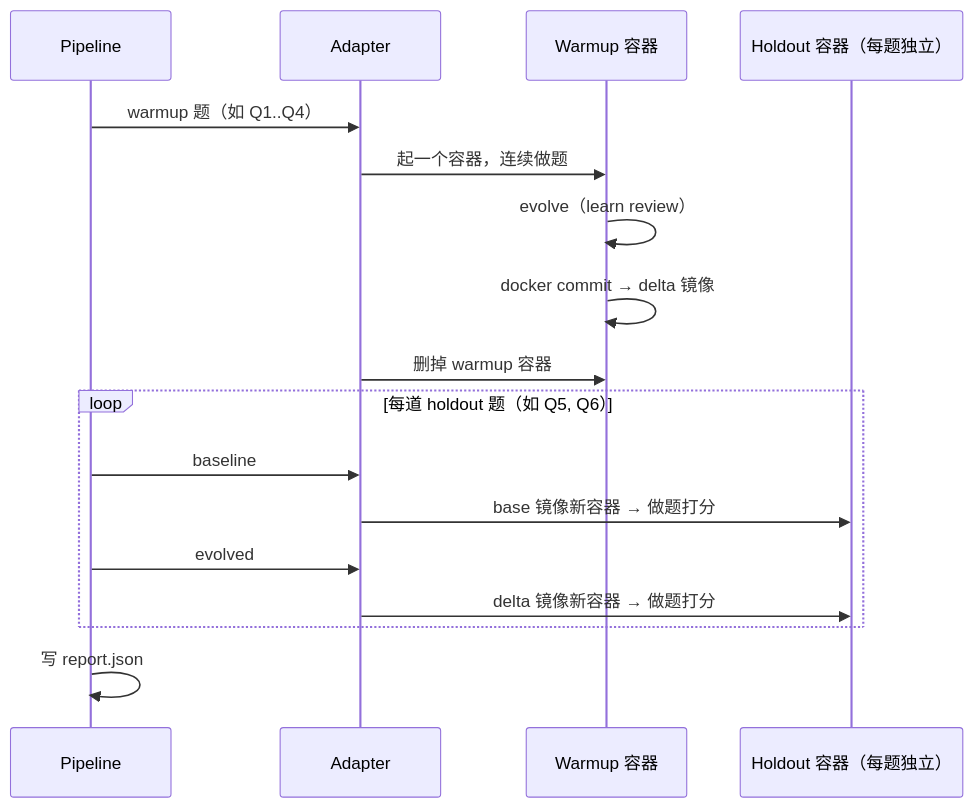
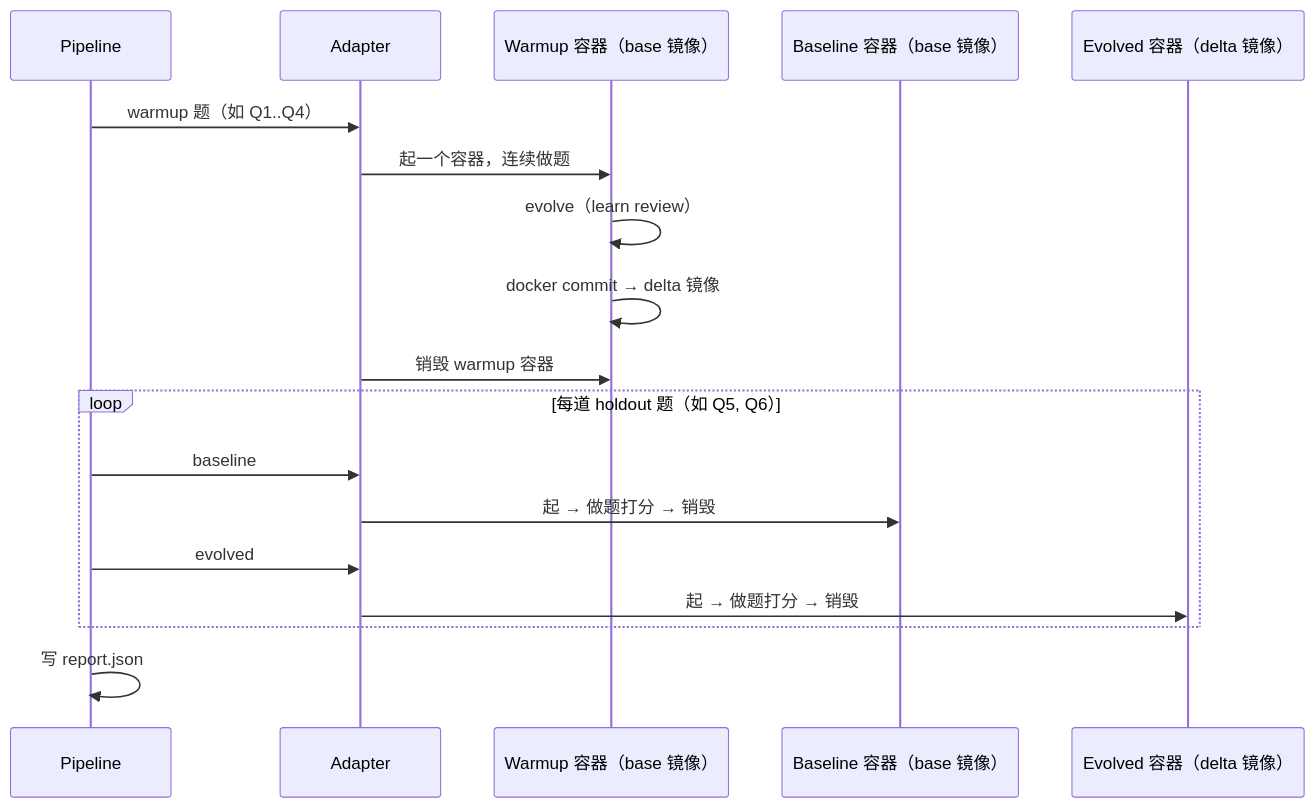
Before and after one commit to FeiZhuNiU-INFJA/LIFT: the diagram in docs/lift-framework-guide-cn.md, drawn with Mermaid. The commit also changed other lines of this file and 6 other files, not shown here.

````diff
--- a/docs/lift-framework-guide-cn.md
+++ b/docs/lift-framework-guide-cn.md
@@ -82,22 +82,23 @@
 ```mermaid
 sequenceDiagram
     participant P as Pipeline
     participant A as Adapter
-    participant W as Warmup 容器
-    participant H as Holdout 容器（每题独立）
+    participant W as Warmup 容器（base 镜像）
+    participant Hb as Baseline 容器（base 镜像）
+    participant He as Evolved 容器（delta 镜像）
 
     P->>A: warmup 题（如 Q1..Q4）
     A->>W: 起一个容器，连续做题
     W->>W: evolve（learn review）
     W->>W: docker commit → delta 镜像
-    A->>W: 删掉 warmup 容器
+    A->>W: 销毁 warmup 容器
 
     loop 每道 holdout 题（如 Q5, Q6）
         P->>A: baseline
-        A->>H: base 镜像新容器 → 做题打分
+        A->>Hb: 起 → 做题打分 → 销毁
         P->>A: evolved
-        A->>H: delta 镜像新容器 → 做题打分
+        A->>He: 起 → 做题打分 → 销毁
     end
 
     P->>P: 写 report.json
 ```
````
